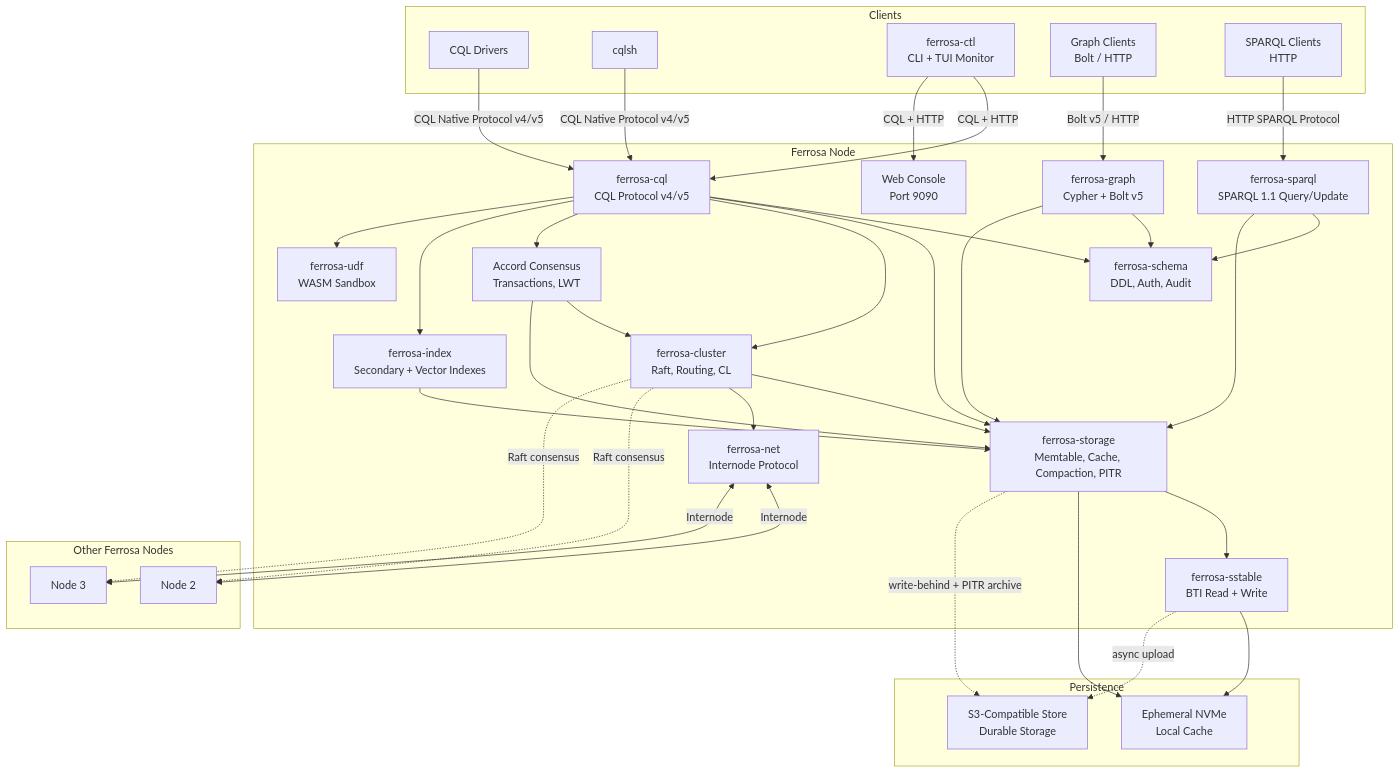
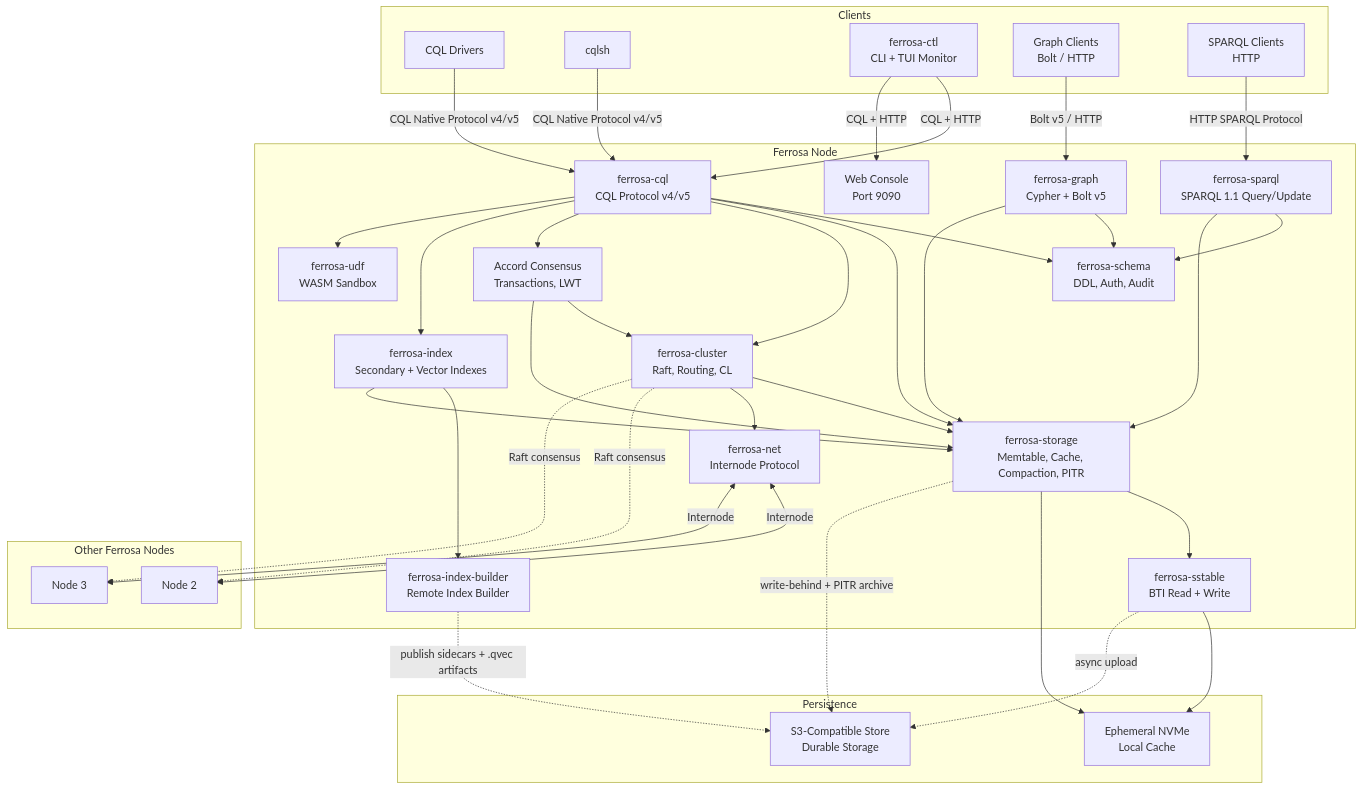
One commit to ferrosadb/ferrosa changed the first of 2 diagrams in specs/overview.md. Above: the diagram before and after it, drawn with Mermaid. The commit also changed other lines of this file and 9 other files, not shown here.

````diff
--- a/specs/overview.md
+++ b/specs/overview.md
@@ -12,62 +12,65 @@
 ```mermaid
 graph TB
     subgraph Clients
         D1[CQL Drivers]
         D2[cqlsh]
         D3[ferrosa-ctl<br/>CLI + TUI Monitor]
         D4[Graph Clients<br/>Bolt / HTTP]
         D5[SPARQL Clients<br/>HTTP]
     end
 
     subgraph "Ferrosa Node"
         CQL[ferrosa-cql<br/>CQL Protocol v4/v5]
         Graph[ferrosa-graph<br/>Cypher + Bolt v5]
         SPARQL[ferrosa-sparql<br/>SPARQL 1.1 Query/Update]
         Schema[ferrosa-schema<br/>DDL, Auth, Audit]
         Cluster[ferrosa-cluster<br/>Raft, Routing, CL]
         Accord[Accord Consensus<br/>Transactions, LWT]
         Index[ferrosa-index<br/>Secondary + Vector Indexes]
+        Builder[ferrosa-index-builder<br/>Remote Index Builder]
         UDF[ferrosa-udf<br/>WASM Sandbox]
         Storage[ferrosa-storage<br/>Memtable, Cache, Compaction, PITR]
         SST[ferrosa-sstable<br/>BTI Read + Write]
         Net[ferrosa-net<br/>Internode Protocol]
         Web[Web Console<br/>Port 9090]
     end
 
     subgraph "Persistence"
         NVMe[Ephemeral NVMe<br/>Local Cache]
         S3[S3-Compatible Store<br/>Durable Storage]
     end
 
     subgraph "Other Ferrosa Nodes"
         N2[Node 2]
         N3[Node 3]
     end
 
     D1 & D2 -->|CQL Native Protocol v4/v5| CQL
     D3 -->|CQL + HTTP| CQL & Web
     D4 -->|Bolt v5 / HTTP| Graph
     D5 -->|HTTP SPARQL Protocol| SPARQL
     CQL --> Schema
     CQL --> Storage
     CQL --> Cluster
     CQL --> Accord
     CQL --> Index
+    Index --> Builder
+    Builder -.->|publish sidecars + .qvec artifacts| S3
     CQL --> UDF
     Graph --> Schema
     Graph --> Storage
     SPARQL --> Schema
     SPARQL --> Storage
     Accord --> Cluster
     Accord --> Storage
     Cluster --> Storage
     Index --> Storage
     Cluster --> Net
     Storage --> SST
     SST --> NVMe
     SST -.->|async upload| S3
     Storage --> NVMe
     Storage -.->|write-behind + PITR archive| S3
     Net <-->|Internode| N2 & N3
     Cluster -.->|Raft consensus| N2 & N3
 ```
````
